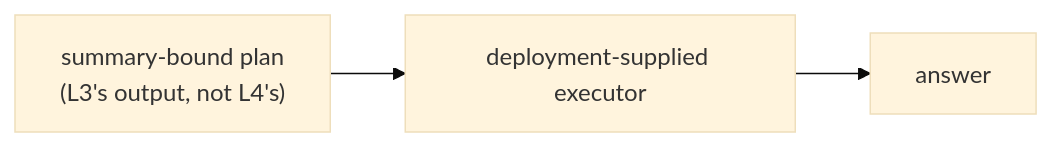
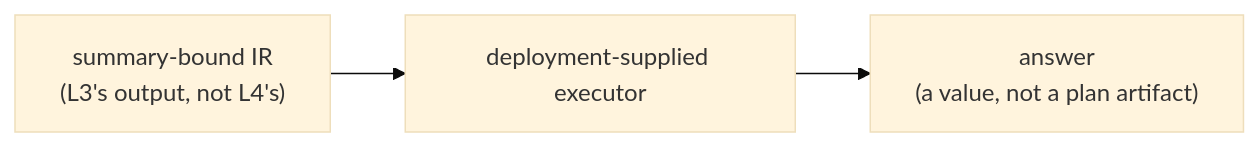
One commit to ProjectASAP/ASAPPlanner changed the fifth of 5 diagrams in docs/design.md. Above: the diagram before and after it, drawn with Mermaid (base theme). The commit also changed other lines of this file, not shown here.

````diff
--- a/docs/design.md
+++ b/docs/design.md
@@ -173,4 +225,4 @@
 ```mermaid
 flowchart LR
-    L3N["summary-bound plan\n(L3's output, not L4's)"] --> EX["deployment-supplied executor"] --> V["answer"]
+    L3N["summary-bound IR\n(L3's output, not L4's)"] --> EX["deployment-supplied executor"] --> V["answer\n(a value, not a plan artifact)"]
 ```
````
